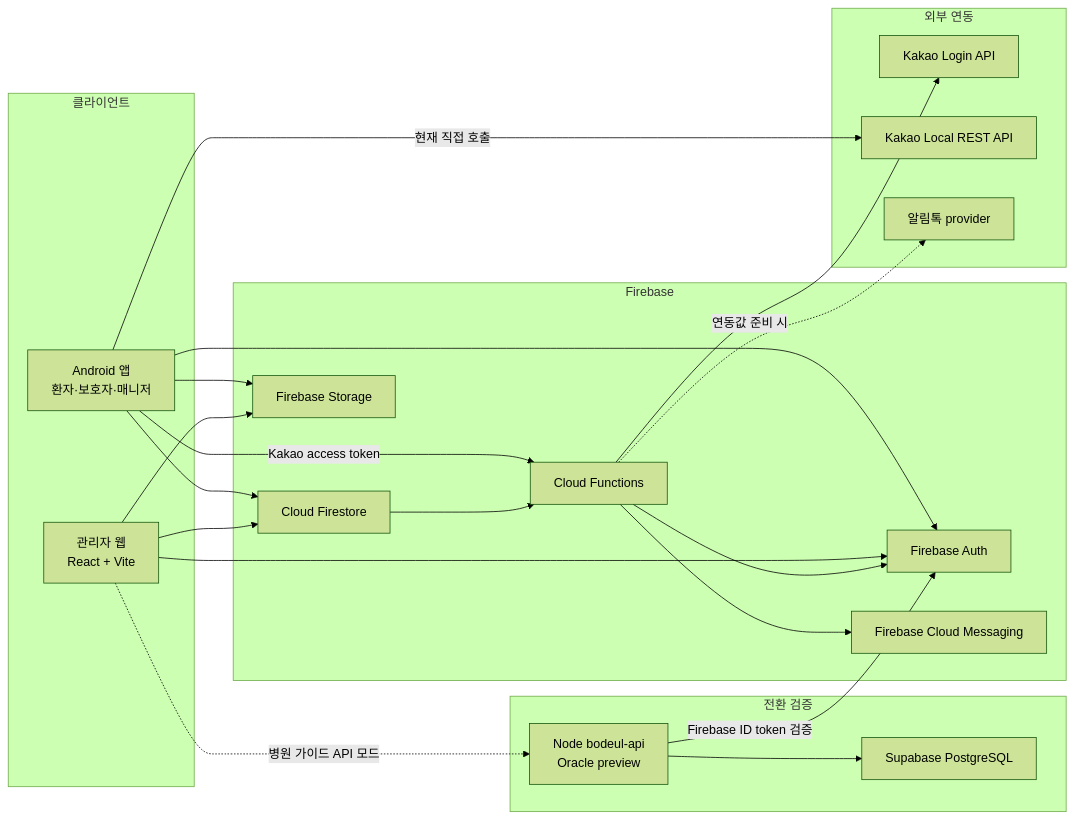
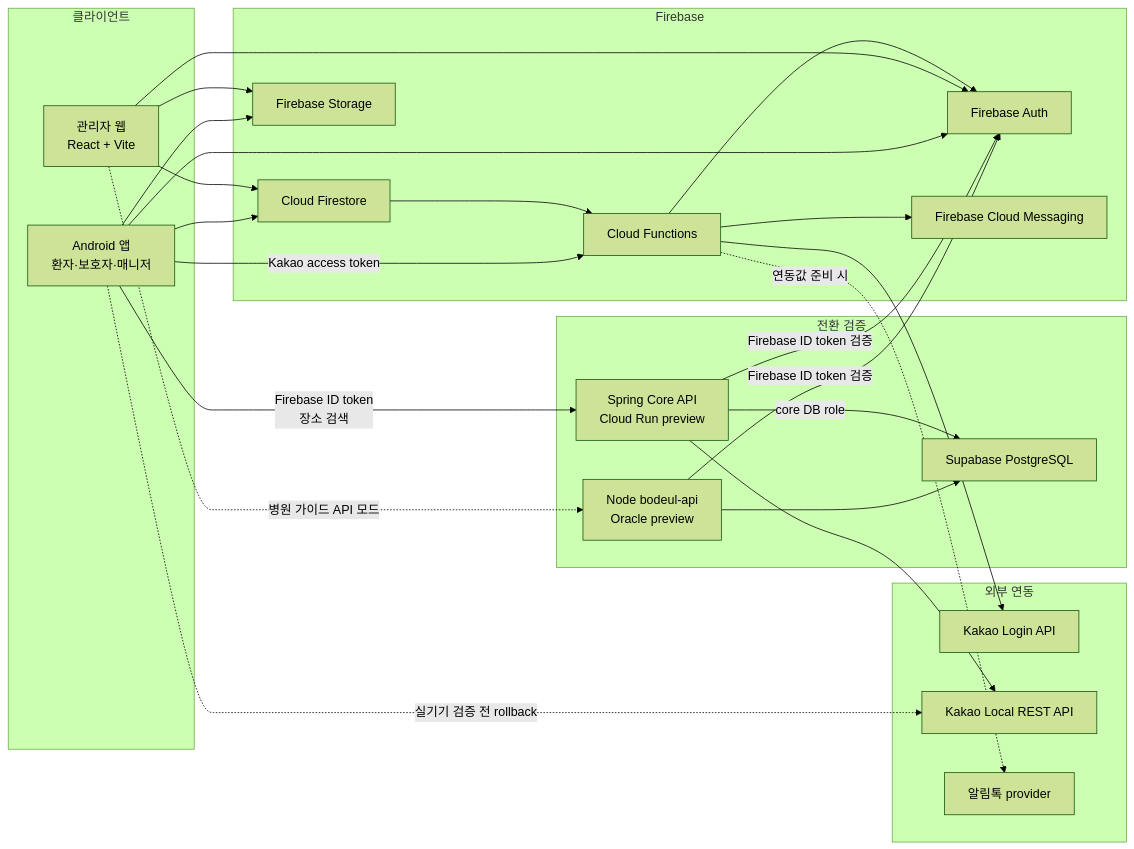
The first of 2 diagrams in docs/architecture/system-architecture-diagram.md (bodeul110/Bodeul), drawn with Mermaid (forest theme) before and after one commit. The commit also changed other lines of this file and 25 other files, not shown here.

Commit message:
feat: route Kakao Local search through Core API

````diff
--- a/docs/architecture/system-architecture-diagram.md
+++ b/docs/architecture/system-architecture-diagram.md
@@ -9,45 +9,51 @@
 ```mermaid
 flowchart LR
   subgraph Client["클라이언트"]
     Android["Android 앱\n환자·보호자·매니저"]
     AdminVite["관리자 웹\nReact + Vite"]
   end
 
   subgraph Preview["전환 검증"]
     NodeApi["Node bodeul-api\nOracle preview"]
+    SpringApi["Spring Core API\nCloud Run preview"]
     Postgres["Supabase PostgreSQL"]
   end
 
   subgraph Firebase["Firebase"]
     Auth["Firebase Auth"]
     Firestore["Cloud Firestore"]
     Storage["Firebase Storage"]
     Functions["Cloud Functions"]
     FCM["Firebase Cloud Messaging"]
   end
 
   subgraph External["외부 연동"]
     KakaoLogin["Kakao Login API"]
     KakaoLocal["Kakao Local REST API"]
     Alimtalk["알림톡 provider"]
   end
 
   Android --> Auth
   AdminVite --> Auth
   Android --> Firestore
   AdminVite --> Firestore
   Android --> Storage
   AdminVite --> Storage
 
   AdminVite -. "병원 가이드 API 모드" .-> NodeApi
   NodeApi -->|"Firebase ID token 검증"| Auth
   NodeApi --> Postgres
 
+  Android -->|"Firebase ID token\n장소 검색"| SpringApi
+  SpringApi -->|"Firebase ID token 검증"| Auth
+  SpringApi -->|"core DB role"| Postgres
+  SpringApi --> KakaoLocal
+
   Android -->|"Kakao access token"| Functions
   Functions --> KakaoLogin
   Functions --> Auth
-  Android -->|"현재 직접 호출"| KakaoLocal
+  Android -. "실기기 검증 전 rollback" .-> KakaoLocal
   Firestore --> Functions
   Functions --> FCM
   Functions -. "연동값 준비 시" .-> Alimtalk
 ```
````
